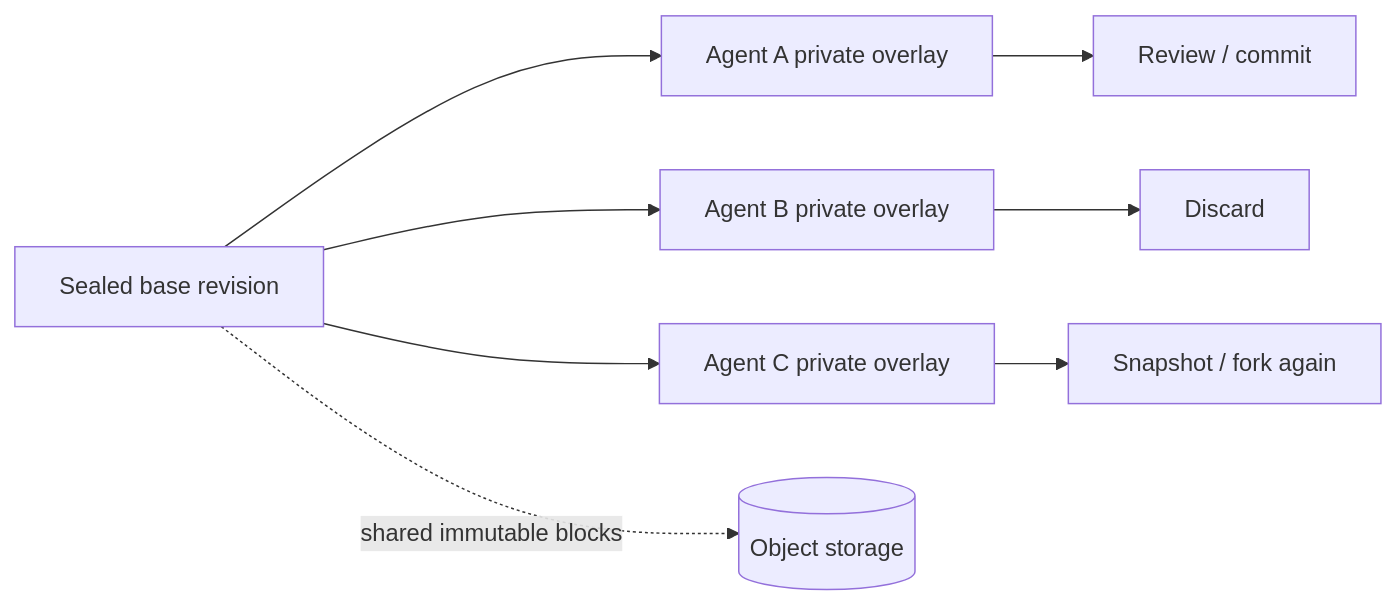
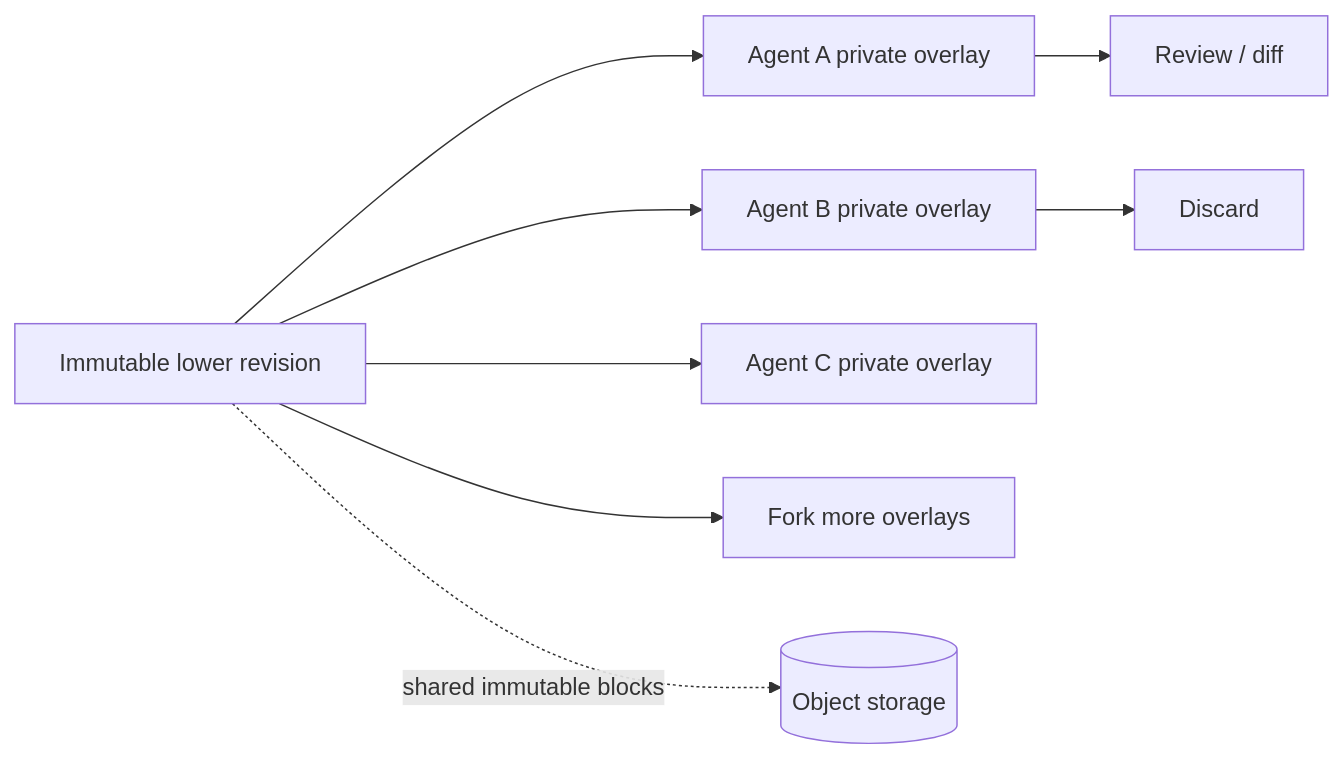
The first of 2 diagrams in README.md (Ivanbeethoven/brewfs), drawn with Mermaid before and after one commit. The commit also changed other lines of this file and 4 other files, not shown here.

First line of the commit message:
docs(overlay): specs for the immutable-lower, no-seal overlay model

````diff
--- a/README.md
+++ b/README.md
@@ -128,10 +130,10 @@
 ```mermaid
 flowchart LR
-    Base[Sealed base revision] --> A[Agent A private overlay]
+    Base[Immutable lower revision] --> A[Agent A private overlay]
     Base --> B[Agent B private overlay]
     Base --> C[Agent C private overlay]
-    A --> Commit[Review / commit]
+    A --> Diff[Review / diff]
     B --> Discard[Discard]
-    C --> Snapshot[Snapshot / fork again]
+    Base --> Fork[Fork more overlays]
     Base -. shared immutable blocks .-> Objects[(Object storage)]
 ```
````
